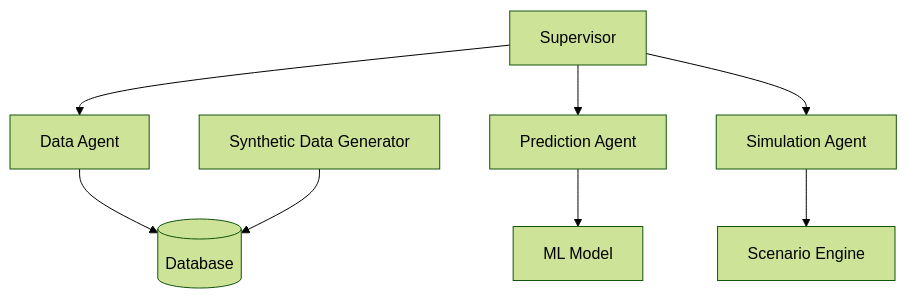
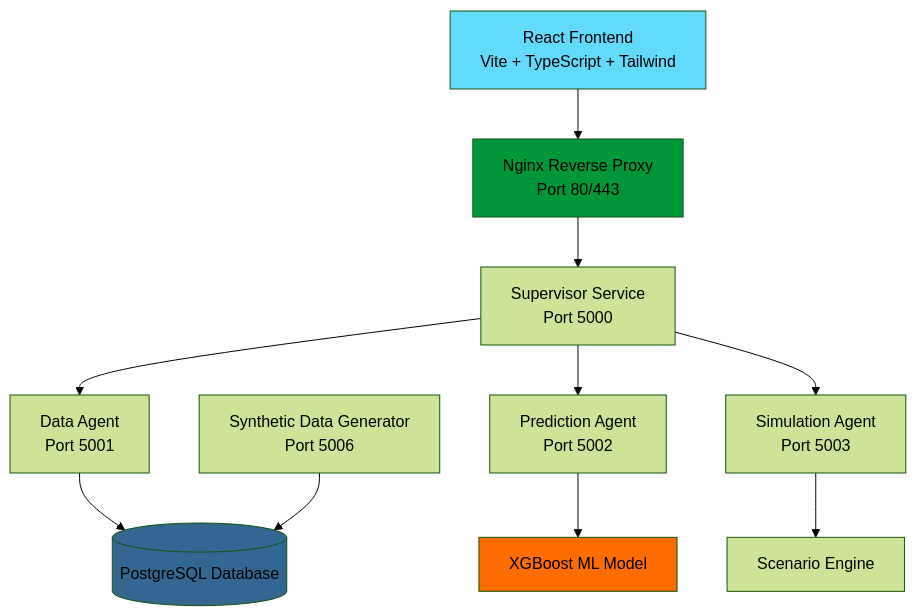
One commit to georgi-terziyski/Predictive-maintanence changed the diagram in README.md. Above: the diagram before and after it, drawn with Mermaid (forest theme). The commit also changed other lines of this file, not shown here.

First line of the commit message:
Update README with React frontend integration and expanded architecture

````diff
--- a/README.md
+++ b/README.md
@@ -22,10 +22,17 @@
 ```mermaid
 graph TD
-    A[Supervisor] --> B[Data Agent]
-    A --> C[Prediction Agent] 
-    A --> D[Simulation Agent]
-    B --> F[(Database)]
-    C --> G[ML Model]
+    UI[React Frontend<br/>Vite + TypeScript + Tailwind] --> NGINX[Nginx Reverse Proxy<br/>Port 80/443]
+    NGINX --> A[Supervisor Service<br/>Port 5000]
+    A --> B[Data Agent<br/>Port 5001]
+    A --> C[Prediction Agent<br/>Port 5002] 
+    A --> D[Simulation Agent<br/>Port 5003]
+    B --> F[(PostgreSQL Database)]
+    C --> G[XGBoost ML Model]
     D --> H[Scenario Engine]
-    I[Synthetic Data Generator] --> F
+    I[Synthetic Data Generator<br/>Port 5006] --> F
+    
+    style UI fill:#61DAFB
+    style NGINX fill:#009639
+    style F fill:#336791
+    style G fill:#FF6D00
 ```
````
